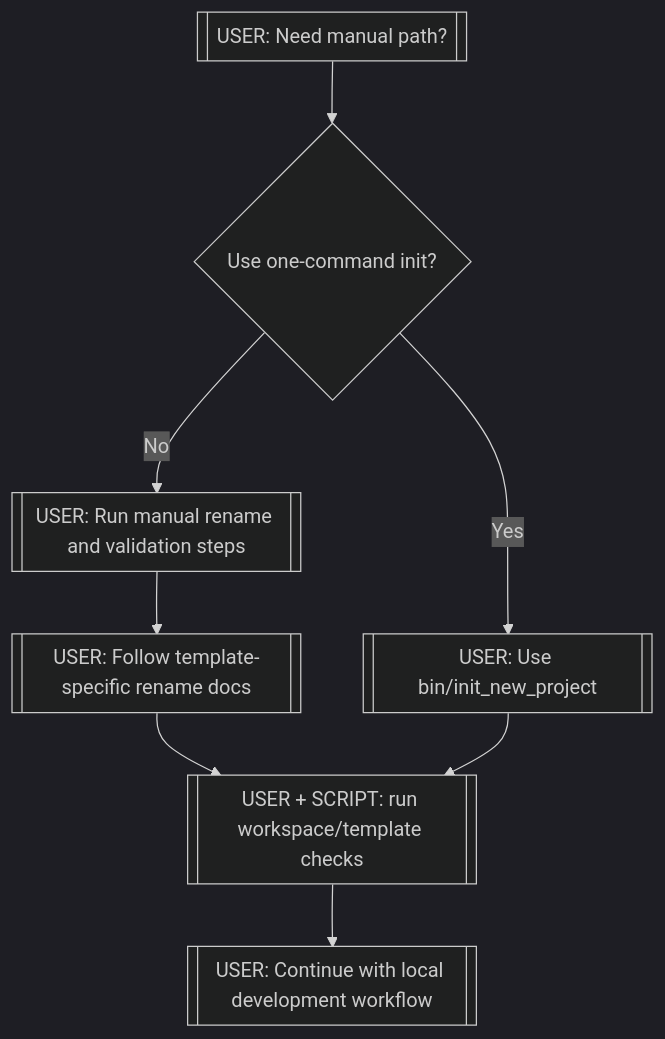
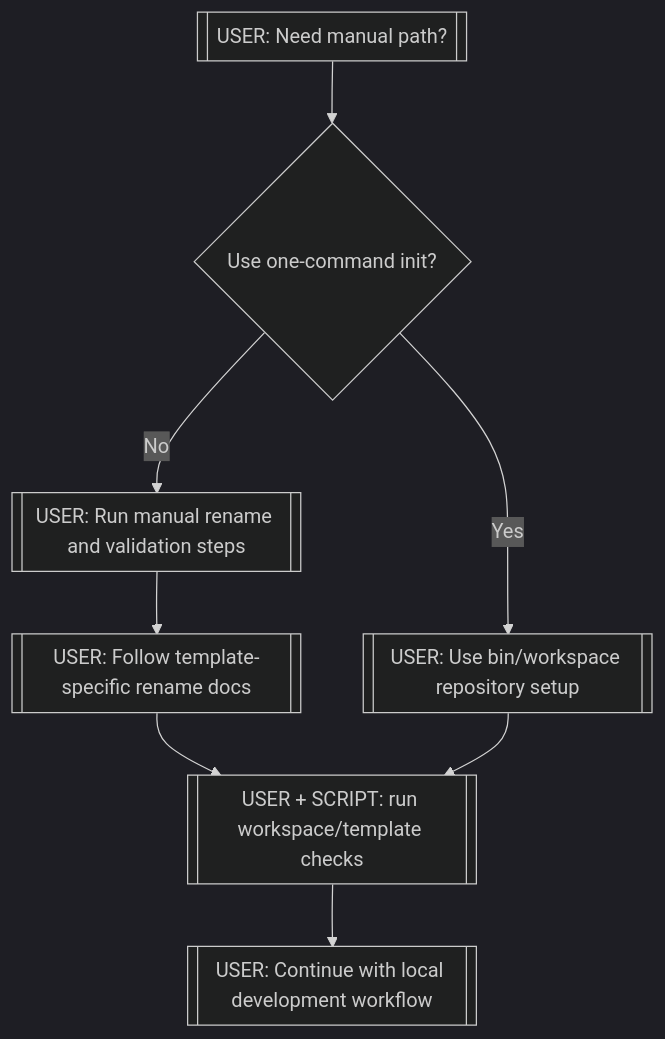
Before and after one commit to scarrick68/product-template-workspace: the second of 2 diagrams in docs/getting-started.md, drawn with Mermaid (dark theme). The commit also changed other lines of this file and 2 other files, not shown here.

Commit message:
docs(cli): update command references to bin/workspace subcommands

````diff
--- a/docs/getting-started.md
+++ b/docs/getting-started.md
@@ -64,10 +64,10 @@
 ```mermaid
 flowchart TD
 	A[[USER: Need manual path?]] --> B{Use one-command init?}
-	B -- Yes --> C[[USER: Use bin/init_new_project]]
+	B -- Yes --> C[[USER: Use bin/workspace repository setup]]
 	B -- No --> D[[USER: Run manual rename and validation steps]]
 	D --> E[[USER: Follow template-specific rename docs]]
 	E --> F[[USER + SCRIPT: run workspace/template checks]]
 	C --> F
 	F --> G[[USER: Continue with local development workflow]]
 ```
````
